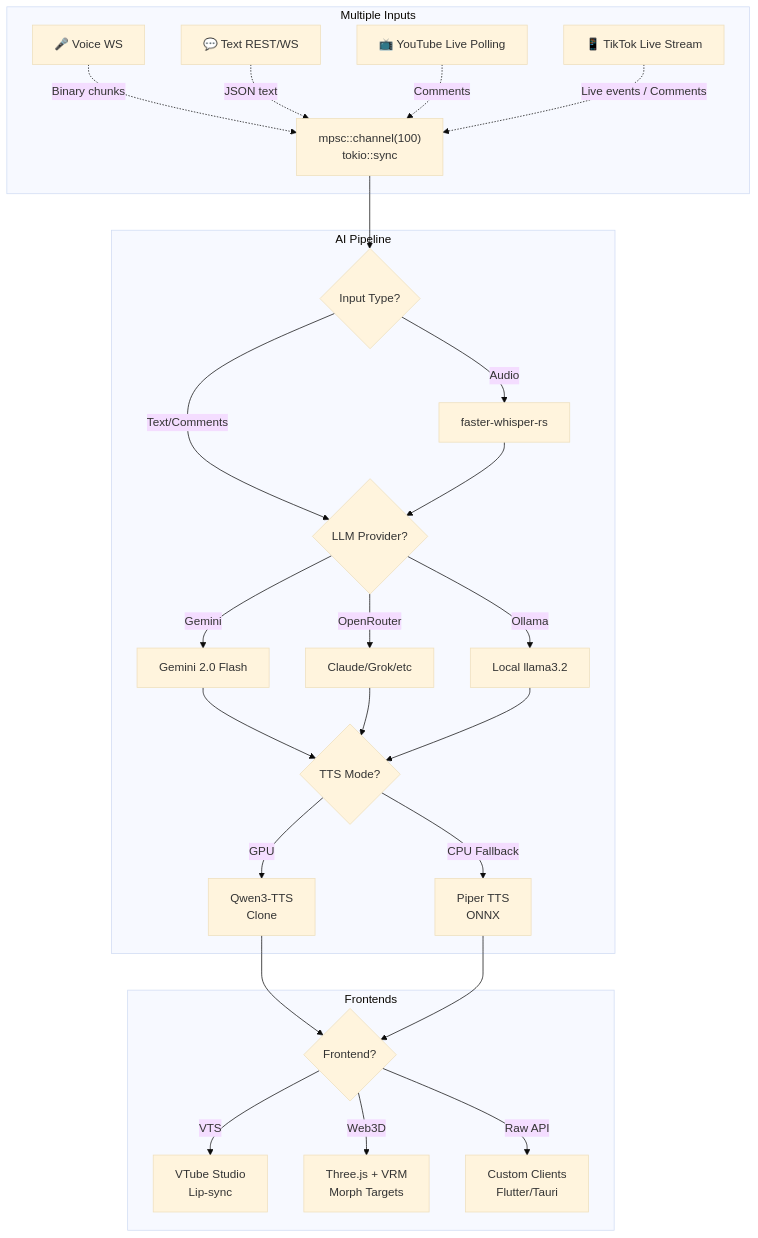
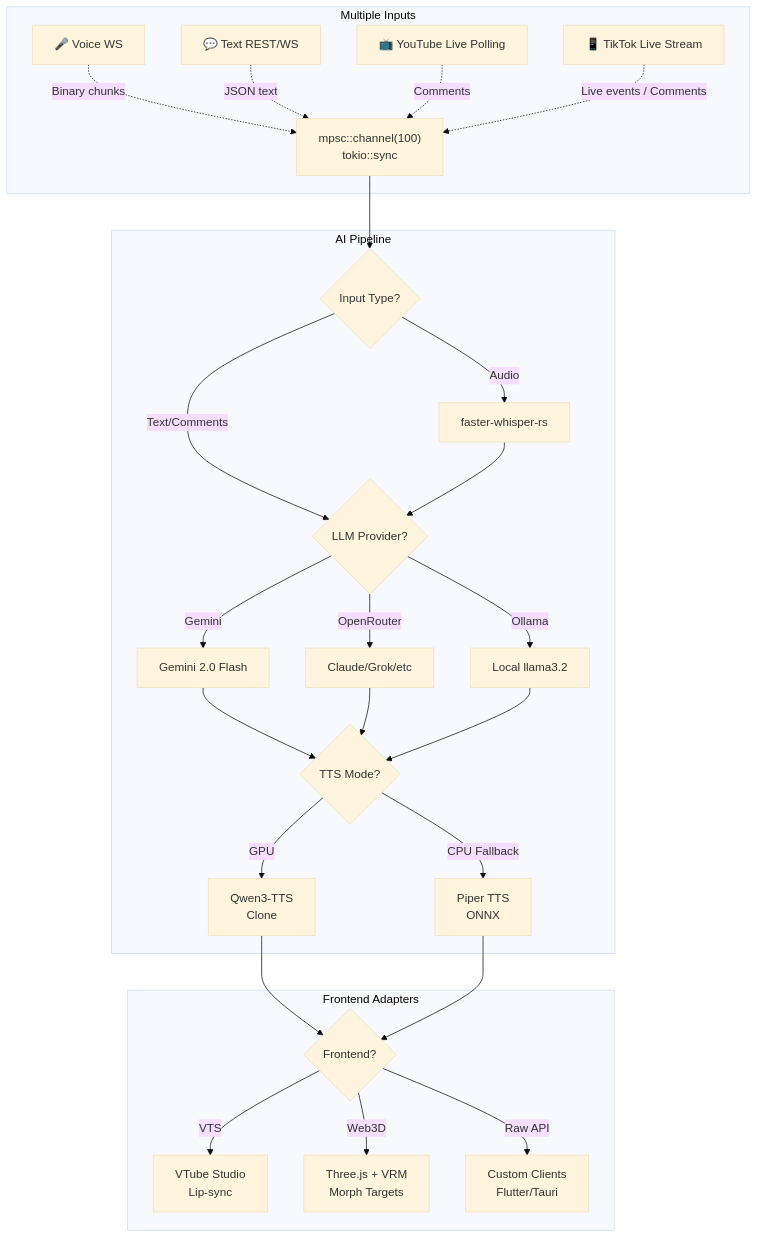
One commit to Jonathan0823/VoxaLive changed the diagram in README.md. Above: the diagram before and after it, drawn with Mermaid (base theme). The commit also changed other lines of this file, not shown here.

````diff
--- a/README.md
+++ b/README.md
@@ -51,49 +52,49 @@
 ```mermaid
 graph TB
     subgraph Inputs ["Multiple Inputs"]
         A[🎤 Voice WS] 
         B[💬 Text REST/WS]
         C[📺 YouTube Live Polling]
         D[📱 TikTok Live Stream]
         A -.->|"Binary chunks"| E
         B -.->|"JSON text"| E
         C -.->|"Comments"| E
         D -.->|"Live events / Comments"| E
     end
     
     E["mpsc::channel(100)<br/>tokio::sync"]
     
     subgraph Pipeline ["AI Pipeline"]
         E --> F{Input Type?}
         
         %% Path for Audio
         F -->|Audio| G["faster-whisper-rs"]
         
         %% Path for Text directly to Providers
         F -->|Text/Comments| I
         G --> I{LLM Provider?}
         
         I -->|Gemini| Ig["Gemini 2.0 Flash"]
         I -->|OpenRouter| Io["Claude/Grok/etc"]
         I -->|Ollama| Il["Local llama3.2"]
         
         %% Immediate transition to TTS Mode
         Ig --> K
         Io --> K
         Il --> K
         
         K{TTS Mode?}
         K -->|GPU| Kg["Qwen3-TTS<br/>Clone"]
         K -->|CPU Fallback| Kc["Piper TTS<br/>ONNX"]
     end
     
     Kg --> L
     Kc --> L
     
-    subgraph Frontends ["Frontends"]
+    subgraph Frontends ["Frontend Adapters"]
         L{Frontend?}
         L -->|VTS| M["VTube Studio<br/>Lip-sync"]
         L -->|Web3D| N["Three.js + VRM<br/>Morph Targets"]
         L -->|Raw API| O["Custom Clients<br/>Flutter/Tauri"]
     end
 ```
````
